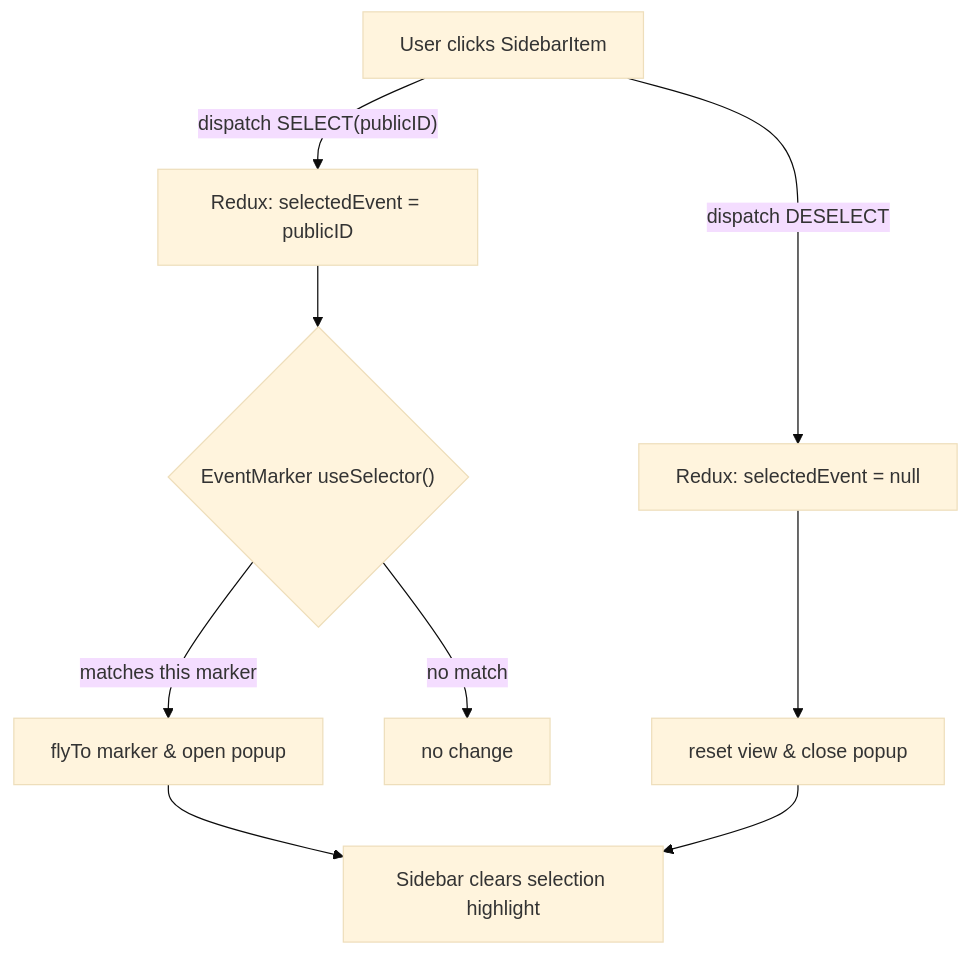
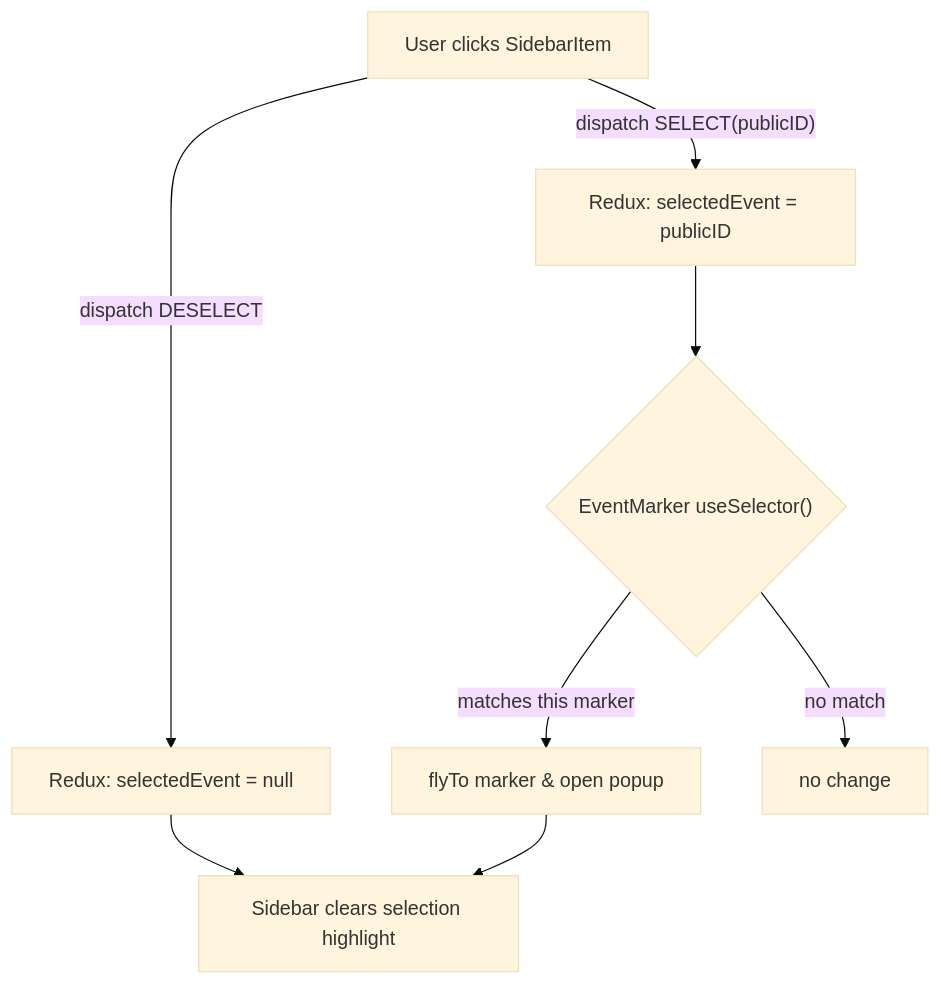
Before and after one commit to UPRI-earthquake/earthquake-hub-frontend: the diagram in docs/SELECTION_STATE_FLOW.md, drawn with Mermaid (base theme). The commit also changed 5 other files, not shown here.

Commit message:
docs: refresh API map, component map, live flow, and features design

````diff
--- a/docs/SELECTION_STATE_FLOW.md
+++ b/docs/SELECTION_STATE_FLOW.md
@@ -3,11 +3,10 @@
 ```mermaid
 flowchart TD
   A["User clicks SidebarItem"] -->|"dispatch SELECT(publicID)"| B["Redux: selectedEvent = publicID"]
   A -->|"dispatch DESELECT"| C["Redux: selectedEvent = null"]
   B --> D{"EventMarker useSelector()"}
   D -->|"matches this marker"| E["flyTo marker & open popup"]
   D -->|"no match"| F["no change"]
-  C --> G["reset view & close popup"]
-  E --> H["Sidebar clears selection highlight"]
-  G --> H
+  C --> H["Sidebar clears selection highlight"]
+  E --> H
 ```
````
